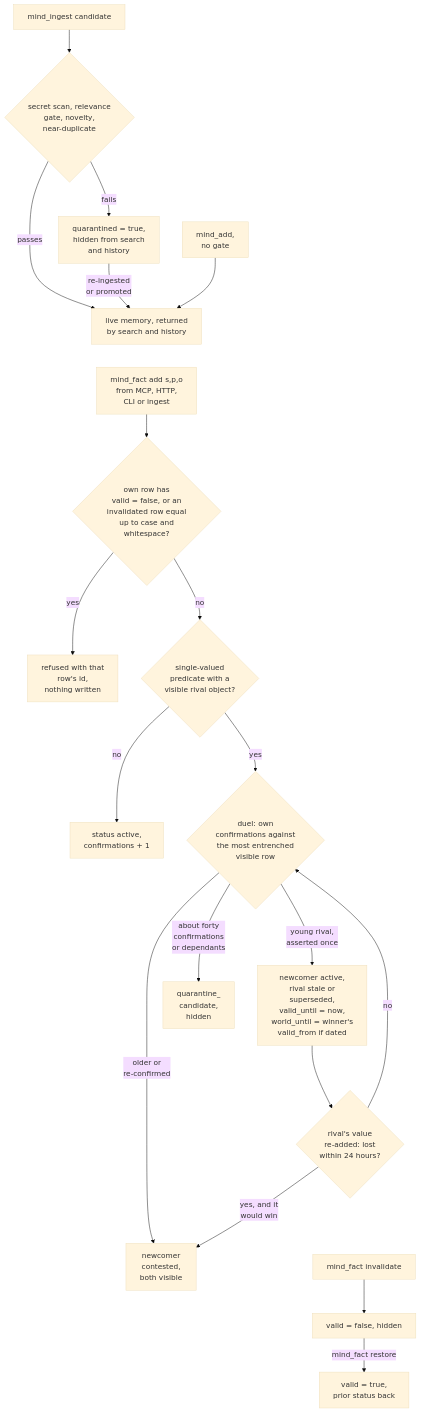
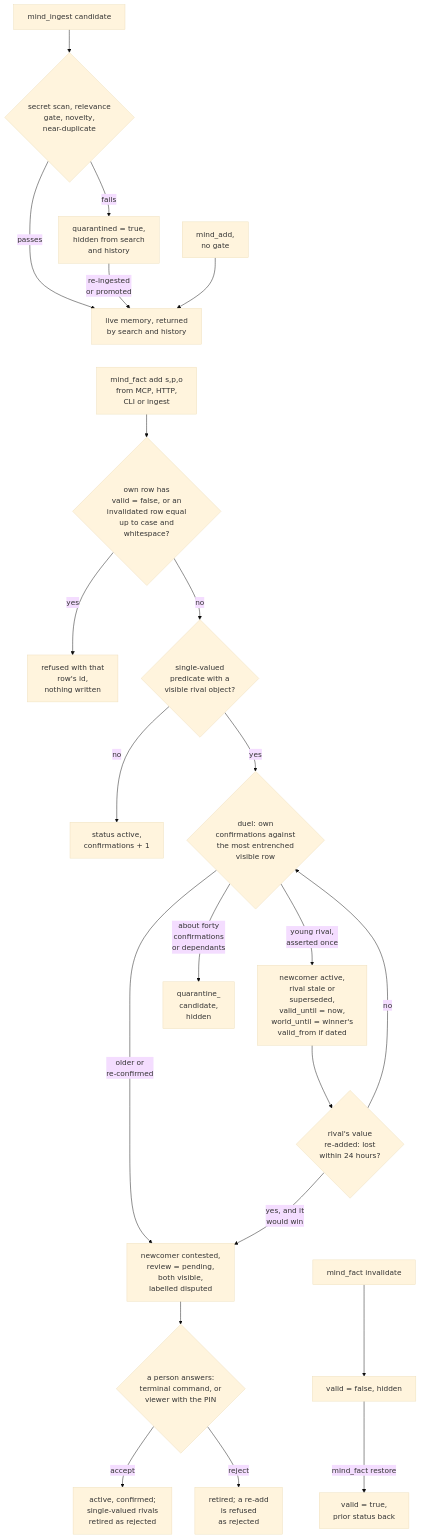
Before and after one commit to neoneye/agent-memory-atlas: the diagram in content/systems/mgi-mind.md, drawn with Mermaid (base theme). The commit also changed other lines of this file and 24 other files, not shown here.

First line of the commit message:
MGI-Mind at 8069652: human_review earned on a fact review answered only at a terminal or with a PIN; the gate assumes an agent without a shell

````diff
--- a/content/systems/mgi-mind.md
+++ b/content/systems/mgi-mind.md
@@ -131,24 +151,27 @@
 ```mermaid
-%% caption: how a memory and a fact each become current in MGI-Mind, where an invalidated triple or its variant is refused, and the two paths that bring a duel loser back
+%% caption: how a memory and a fact each become current in MGI-Mind, where an invalidated triple or its variant is refused, the two paths that bring a duel loser back, and where a contested fact waits on a person
 flowchart TD
     I["mind_ingest candidate"] --> G{"secret scan, relevance<br/>gate, novelty,<br/>near-duplicate"}
     G -- "passes" --> M["live memory, returned<br/>by search and history"]
     G -- "fails" --> Q["quarantined = true,<br/>hidden from search<br/>and history"]
     Q -- "re-ingested<br/>or promoted" --> M
     A["mind_add,<br/>no gate"] --> M
     M ~~~ F
     F["mind_fact add s,p,o<br/>from MCP, HTTP,<br/>CLI or ingest"] --> T{"own row has<br/>valid = false, or an<br/>invalidated row equal<br/>up to case and<br/>whitespace?"}
     T -- "yes" --> R["refused with that<br/>row's id,<br/>nothing written"]
     T -- "no" --> C{"single-valued<br/>predicate with a<br/>visible rival object?"}
     C -- "no" --> ACT["status active,<br/>confirmations + 1"]
     C -- "yes" --> D{"duel: own<br/>confirmations against<br/>the most entrenched<br/>visible row"}
     D -- "young rival,<br/>asserted once" --> FLIP["newcomer active,<br/>rival stale or<br/>superseded,<br/>valid_until = now,<br/>world_until = winner's<br/>valid_from if dated"]
-    D -- "older or<br/>re-confirmed" --> CON["newcomer<br/>contested,<br/>both visible"]
+    D -- "older or<br/>re-confirmed" --> CON["newcomer contested,<br/>review = pending,<br/>both visible,<br/>labelled disputed"]
     D -- "about forty<br/>confirmations<br/>or dependants" --> QC["quarantine_<br/>candidate,<br/>hidden"]
     FLIP --> RE{"rival's value<br/>re-added: lost<br/>within 24 hours?"}
     RE -- "yes, and it<br/>would win" --> CON
     RE -- "no" --> D
+    CON --> RV{"a person answers:<br/>terminal command, or<br/>viewer with the PIN"}
+    RV -- "accept" --> ACC["active, confirmed;<br/>single-valued rivals<br/>retired as rejected"]
+    RV -- "reject" --> REJ["retired; a re-add<br/>is refused<br/>as rejected"]
     RE ~~~ INV
     INV["mind_fact invalidate"] --> X["valid = false, hidden"]
     X -- "mind_fact restore" --> RS["valid = true,<br/>prior status back"]
 ```
````
